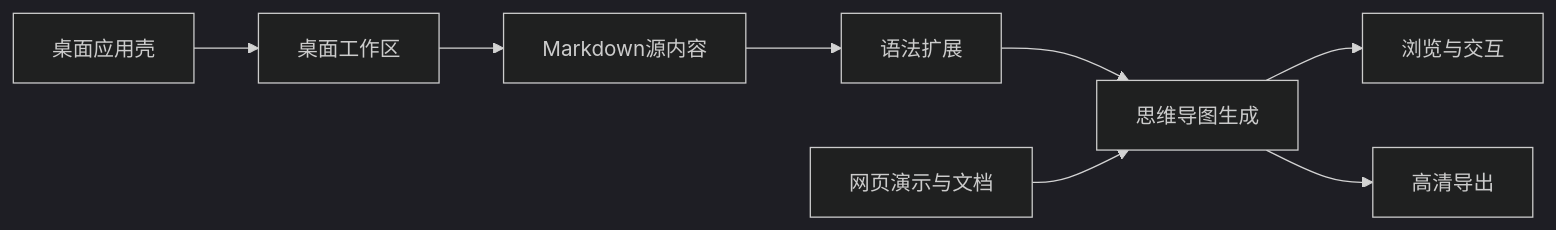
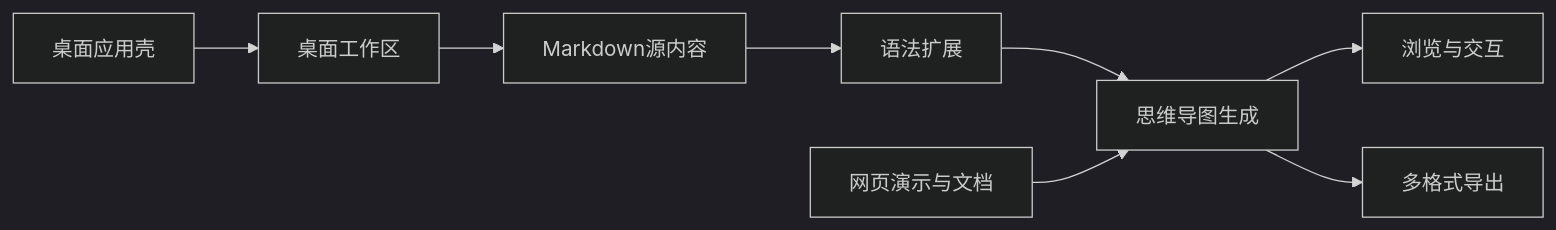
Before and after one commit to ddll8023/mindmap: the first of 4 diagrams in doc/模块说明文档.md, drawn with Mermaid (dark theme). The commit also changed other lines of this file and 8 other files, not shown here.

````diff
--- a/doc/模块说明文档.md
+++ b/doc/模块说明文档.md
@@ -395,10 +409,10 @@
 ```mermaid
 flowchart LR
     Shell[桌面应用壳] --> Workspace[桌面工作区]
     Workspace --> Markdown[Markdown源内容]
     Markdown --> Syntax[语法扩展]
     Syntax --> Map[思维导图生成]
     Map --> Interaction[浏览与交互]
-    Map --> Export[高清导出]
+    Map --> Export[多格式导出]
     Web[网页演示与文档] --> Map
 ```
````
